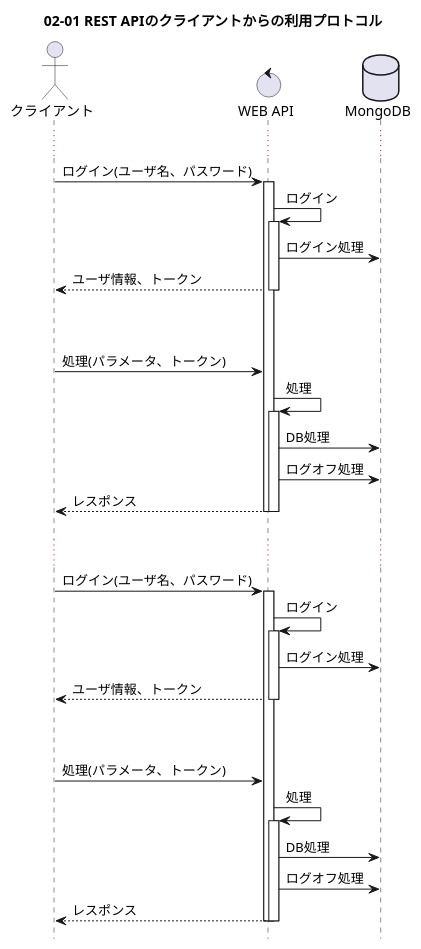
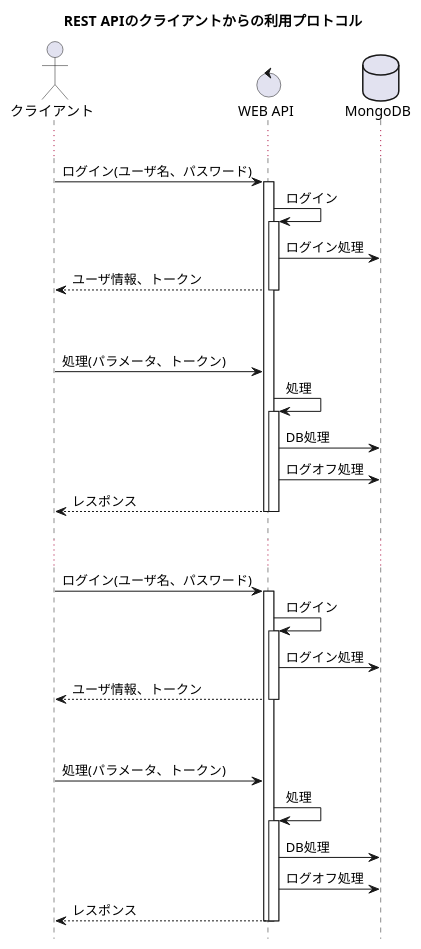
One commit to filunK/choikini changed the diagram in design/02-design/02-01_SEQ_protocol.puml. Above: the diagram before and after it, drawn with PlantUML. The commit also changed 8 other files, not shown here.

```diff
--- a/design/02-design/02-01_SEQ_protocol.puml
+++ b/design/02-design/02-01_SEQ_protocol.puml
@@ -1,55 +1,55 @@
 @startuml 02-01_REST_APIのクライアントからの利用プロトコル
 
 hide footbox
-title 02-01 REST APIのクライアントからの利用プロトコル
+title REST APIのクライアントからの利用プロトコル
 
 ' アクター
 actor "クライアント" as client
 control "WEB API" as webapi
 database "MongoDB" as db
 
 ...
 client -> webapi: ログイン(ユーザ名、パスワード)
 activate webapi
 webapi -> webapi: ログイン
 activate webapi
 webapi -> db: ログイン処理
 client <-- webapi:ユーザ情報、トークン
 deactivate webapi
 
 ||50||
 client -> webapi: 処理(パラメータ、トークン)
 webapi -> webapi: 処理
 activate webapi
 webapi -> db: DB処理
 
 webapi -> db: ログオフ処理
 client <-- webapi: レスポンス
 deactivate webapi
 deactivate webapi
 ||20||
 
 ...
 client -> webapi: ログイン(ユーザ名、パスワード)
 activate webapi
 webapi -> webapi: ログイン
 activate webapi
 webapi -> db: ログイン処理
 client <-- webapi:ユーザ情報、トークン
 deactivate webapi
 
 ||50||
 client -> webapi: 処理(パラメータ、トークン)
 webapi -> webapi: 処理
 activate webapi
 webapi -> db: DB処理
 
 webapi -> db: ログオフ処理
 client <-- webapi: レスポンス
 deactivate webapi
 deactivate webapi
 
 
 
 
 @enduml
```
